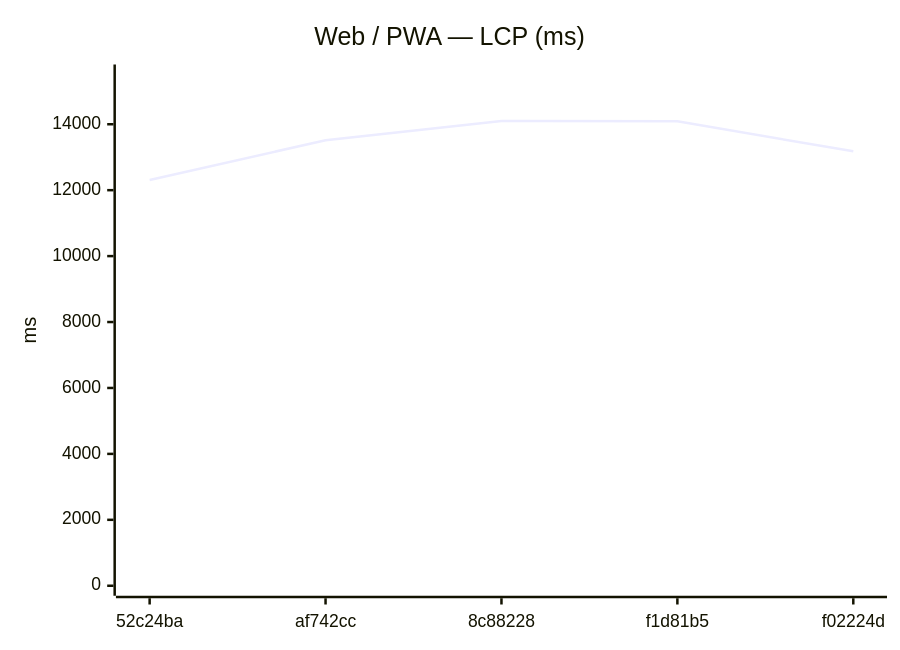
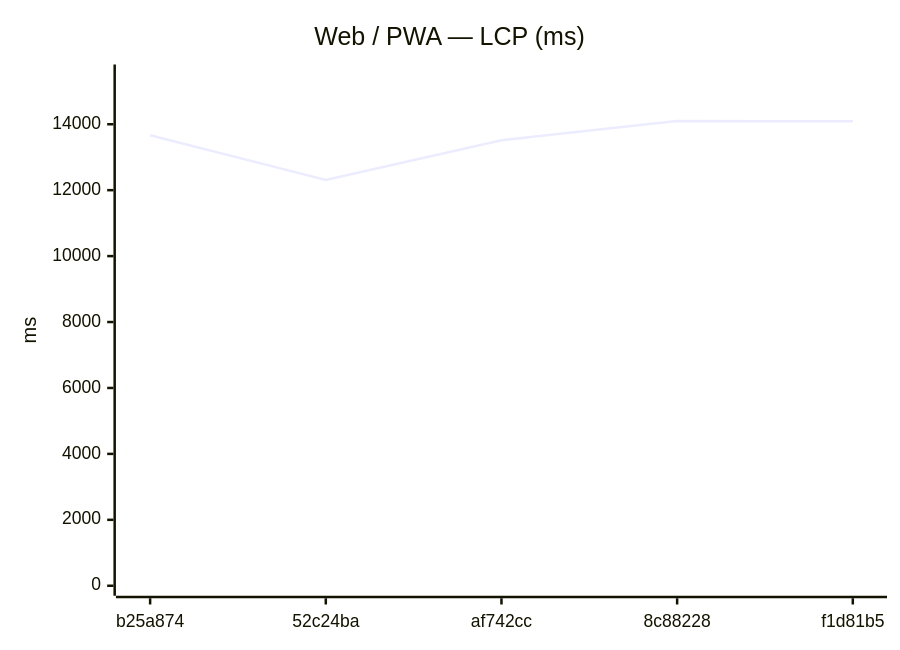
One commit to Metaheurist/Rianell changed the seventh of 18 diagrams in benchmarks/compare.md. Above: the diagram before and after it, drawn with Mermaid. The commit also changed other lines of this file and 11 other files, not shown here.

````diff
--- a/benchmarks/compare.md
+++ b/benchmarks/compare.md
@@ -117,7 +117,7 @@
 ```mermaid
 xychart-beta
     title "Web / PWA — LCP (ms)"
-    x-axis ["52c24ba", "af742cc", "8c88228", "f1d81b5", "f02224d"]
+    x-axis ["b25a874", "52c24ba", "af742cc", "8c88228", "f1d81b5"]
     y-axis "ms" 0 --> 15509
-    line [12311, 13514, 14099, 14091, 13178]
+    line [13665, 12311, 13514, 14099, 14091]
 ```
````
